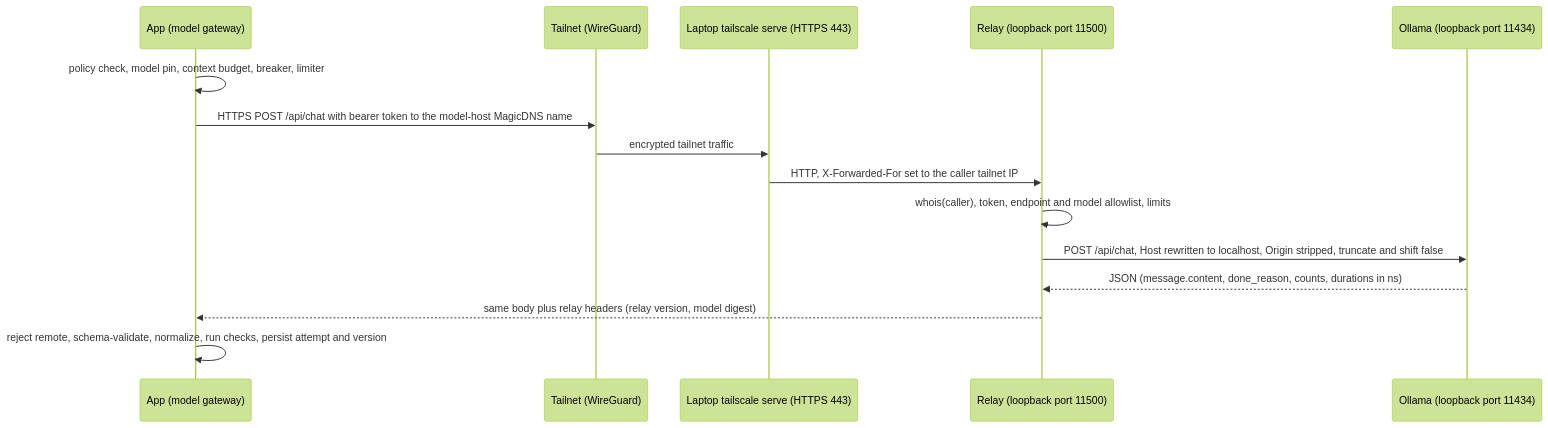
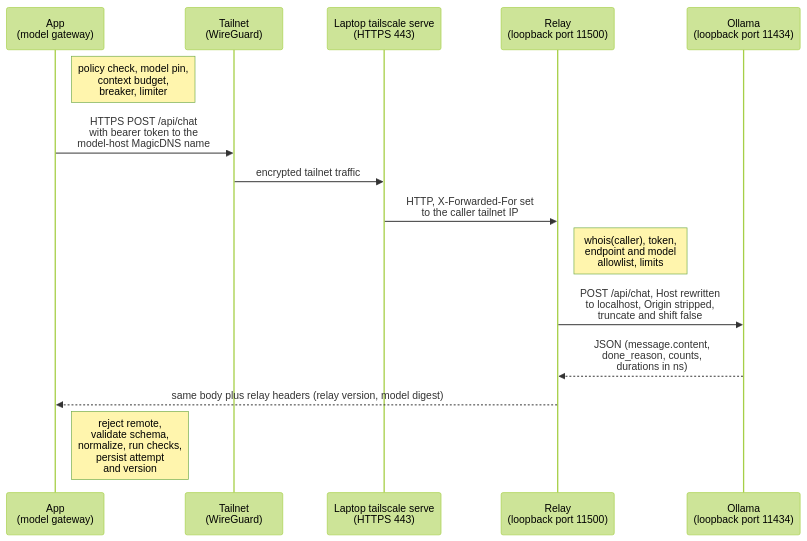
Before and after one commit to cal2020/hello-world-app: the second of 2 diagrams in docs/IMPLEMENTATION_BRIEF.md, drawn with Mermaid (forest theme).

Commit message:
Brief: show internal steps as notes in the end-to-end diagram
The app's and relay's internal steps were drawn as self-arrows, so their
labels sat on top of the lifelines. They are now notes beside the
lifeline, and long messages and participant names have explicit line
breaks, so no label crosses a lifeline on GitHub or in print. Wording
is unchanged apart from "schema-validate" becoming "validate schema".

Claude-Session: https://claude.ai/code/session_01U9cyn1naLvd8GzZM1hRnMi

````diff
--- a/docs/IMPLEMENTATION_BRIEF.md
+++ b/docs/IMPLEMENTATION_BRIEF.md
@@ -188,17 +188,17 @@
 ```mermaid
 sequenceDiagram
-  participant App as App (model gateway)
-  participant TS as Tailnet (WireGuard)
-  participant Serve as Laptop tailscale serve (HTTPS 443)
-  participant Relay as Relay (loopback port 11500)
-  participant O as Ollama (loopback port 11434)
-  App->>App: policy check, model pin, context budget, breaker, limiter
-  App->>TS: HTTPS POST /api/chat with bearer token to the model-host MagicDNS name
+  participant App as App<br>(model gateway)
+  participant TS as Tailnet<br>(WireGuard)
+  participant Serve as Laptop tailscale serve<br>(HTTPS 443)
+  participant Relay as Relay<br>(loopback port 11500)
+  participant O as Ollama<br>(loopback port 11434)
+  Note right of App: policy check, model pin,<br>context budget,<br>breaker, limiter
+  App->>TS: HTTPS POST /api/chat<br>with bearer token to the<br>model-host MagicDNS name
   TS->>Serve: encrypted tailnet traffic
-  Serve->>Relay: HTTP, X-Forwarded-For set to the caller tailnet IP
-  Relay->>Relay: whois(caller), token, endpoint and model allowlist, limits
-  Relay->>O: POST /api/chat, Host rewritten to localhost, Origin stripped, truncate and shift false
-  O-->>Relay: JSON (message.content, done_reason, counts, durations in ns)
+  Serve->>Relay: HTTP, X-Forwarded-For set<br>to the caller tailnet IP
+  Note right of Relay: whois(caller), token,<br>endpoint and model<br>allowlist, limits
+  Relay->>O: POST /api/chat, Host rewritten<br>to localhost, Origin stripped,<br>truncate and shift false
+  O-->>Relay: JSON (message.content,<br>done_reason, counts,<br>durations in ns)
   Relay-->>App: same body plus relay headers (relay version, model digest)
-  App->>App: reject remote, schema-validate, normalize, run checks, persist attempt and version
+  Note right of App: reject remote,<br>validate schema,<br>normalize, run checks,<br>persist attempt<br>and version
 ```
````
